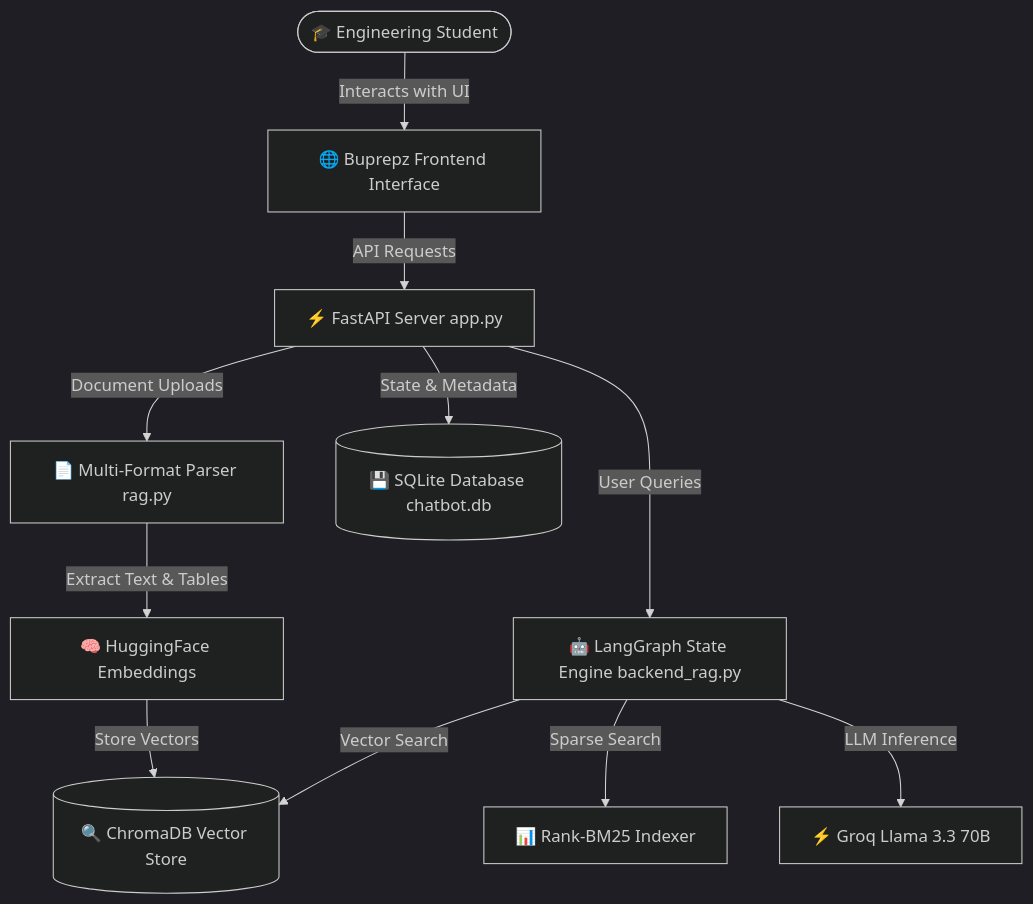
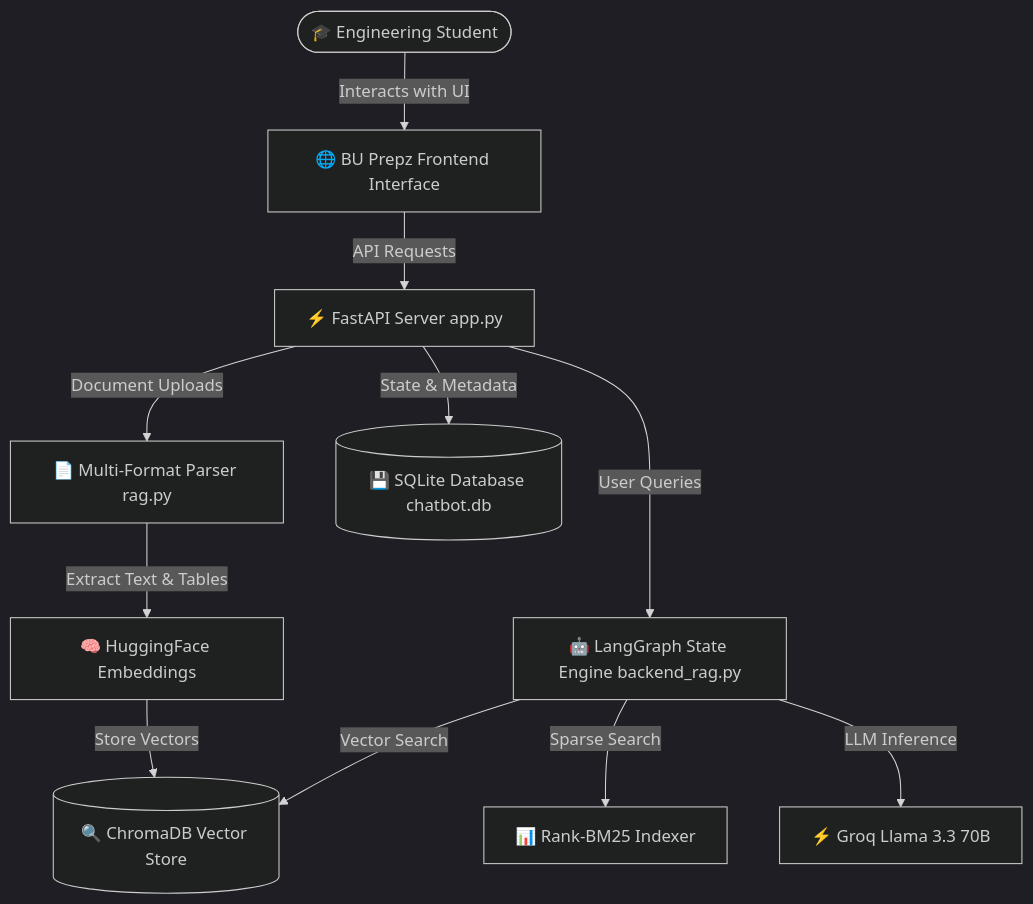
One commit to om0710/prepz-workspace- changed the diagram in README.md. Above: the diagram before and after it, drawn with Mermaid (dark theme). The commit also changed other lines of this file and 3 other files, not shown here.

````diff
--- a/README.md
+++ b/README.md
@@ -65,16 +65,16 @@
 ```mermaid
 graph TD
-    User([🎓 Engineering Student]) -->|Interacts with UI| Frontend[🌐 Buprepz Frontend Interface]
+    User([🎓 Engineering Student]) -->|Interacts with UI| Frontend[🌐 BU Prepz Frontend Interface]
     Frontend -->|API Requests| FastAPI[⚡ FastAPI Server app.py]
     
     FastAPI -->|Document Uploads| RAG[📄 Multi-Format Parser rag.py]
     RAG -->|Extract Text & Tables| Embeddings[🧠 HuggingFace Embeddings]
     Embeddings -->|Store Vectors| VectorDB[(🔍 ChromaDB Vector Store)]
     
     FastAPI -->|User Queries| LangGraph[🤖 LangGraph State Engine backend_rag.py]
     LangGraph -->|Vector Search| VectorDB
     LangGraph -->|Sparse Search| BM25[📊 Rank-BM25 Indexer]
     LangGraph -->|LLM Inference| Groq[⚡ Groq Llama 3.3 70B]
     
     FastAPI -->|State & Metadata| SQLite[(💾 SQLite Database chatbot.db)]
 ```
````
